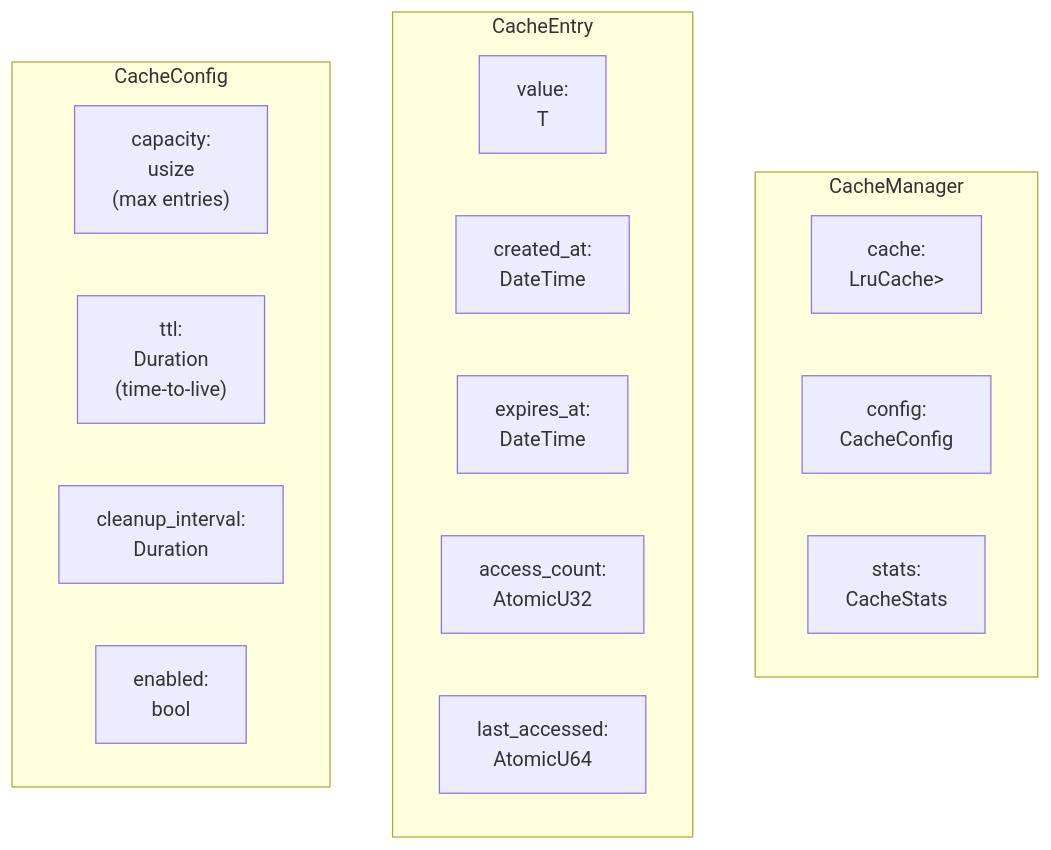
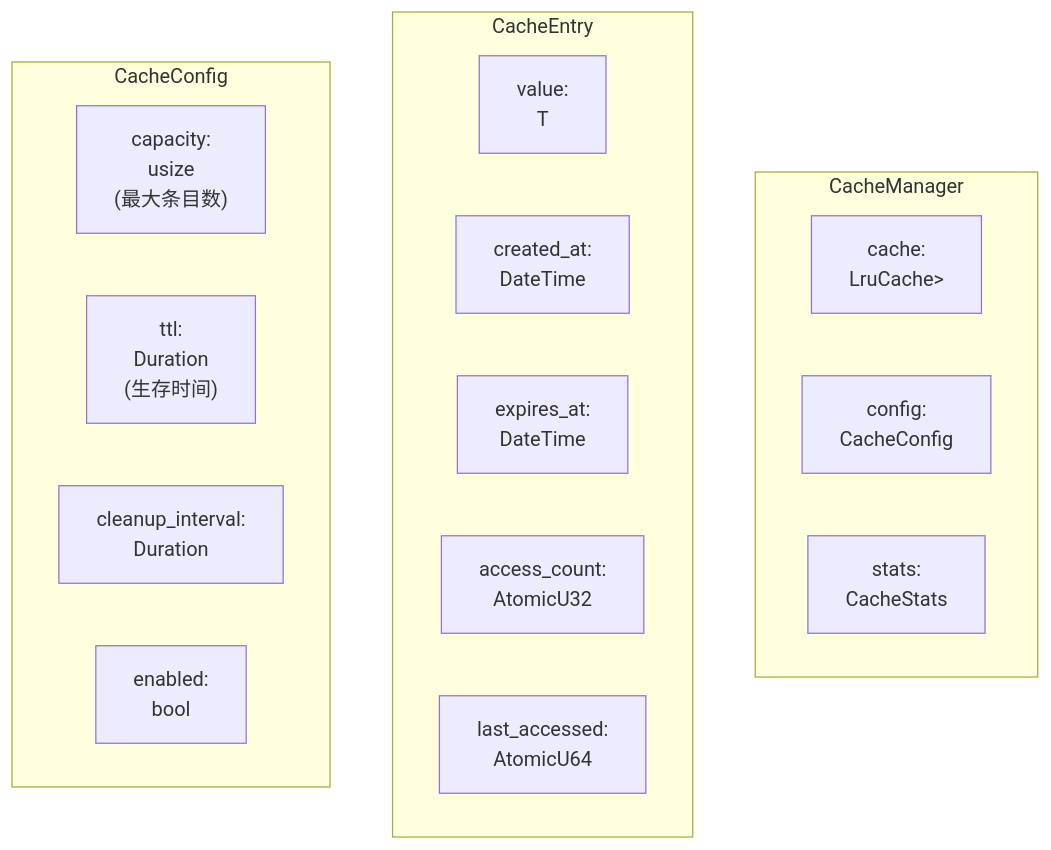
The fifth of 15 diagrams in docs/ARCHITECTURE.md (Kirky-X/dbnexus), drawn with Mermaid before and after one commit. The commit also changed other lines of this file and 2 other files, not shown here.

````diff
--- a/docs/ARCHITECTURE.md
+++ b/docs/ARCHITECTURE.md
@@ -386,23 +386,23 @@
 ```mermaid
 graph TD
     subgraph CacheManager["CacheManager<T>"]
         cache["cache:<br/>LruCache<CacheKey, CacheEntry<T>>"]
         config["config:<br/>CacheConfig"]
         stats["stats:<br/>CacheStats"]
     end
 
     subgraph CacheEntry["CacheEntry<T>"]
         value["value:<br/>T"]
         created_at["created_at:<br/>DateTime<Utc>"]
         expires_at["expires_at:<br/>DateTime<Utc>"]
         access_count["access_count:<br/>AtomicU32"]
         last_accessed["last_accessed:<br/>AtomicU64"]
     end
 
     subgraph CacheConfig["CacheConfig"]
-        capacity["capacity:<br/>usize<br/>(max entries)"]
-        ttl["ttl:<br/>Duration<br/>(time-to-live)"]
+        capacity["capacity:<br/>usize<br/>(最大条目数)"]
+        ttl["ttl:<br/>Duration<br/>(生存时间)"]
         cleanup_interval["cleanup_interval:<br/>Duration"]
         enabled["enabled:<br/>bool"]
     end
 ```
````
